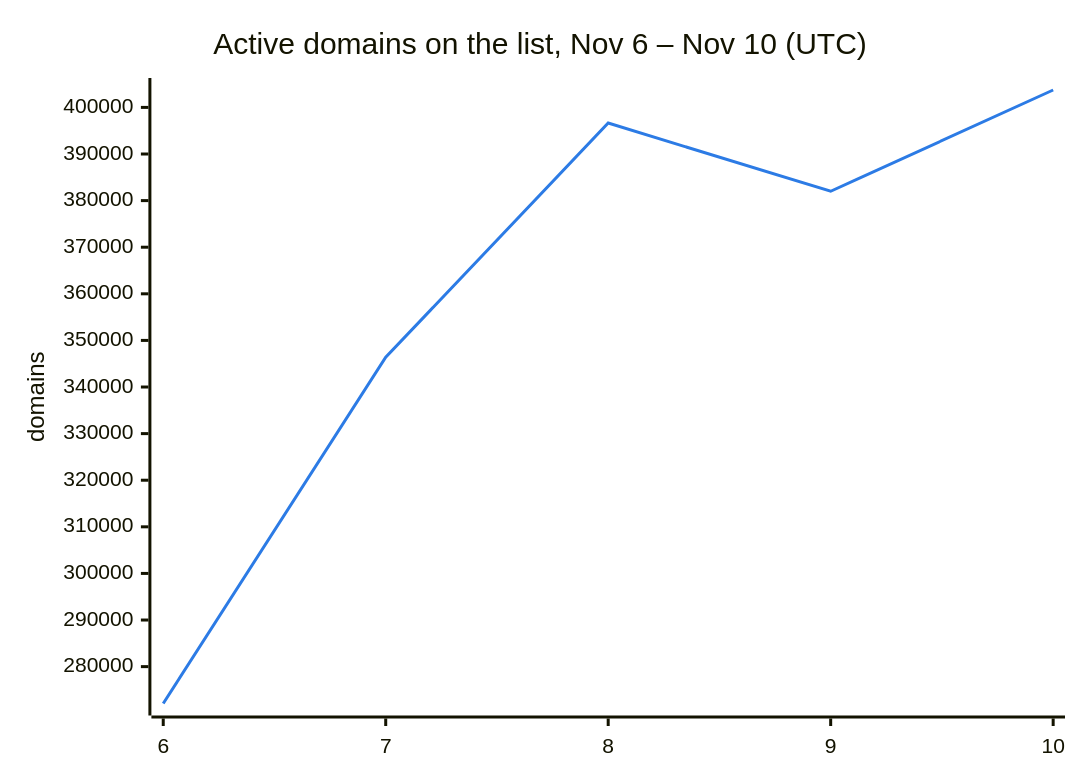
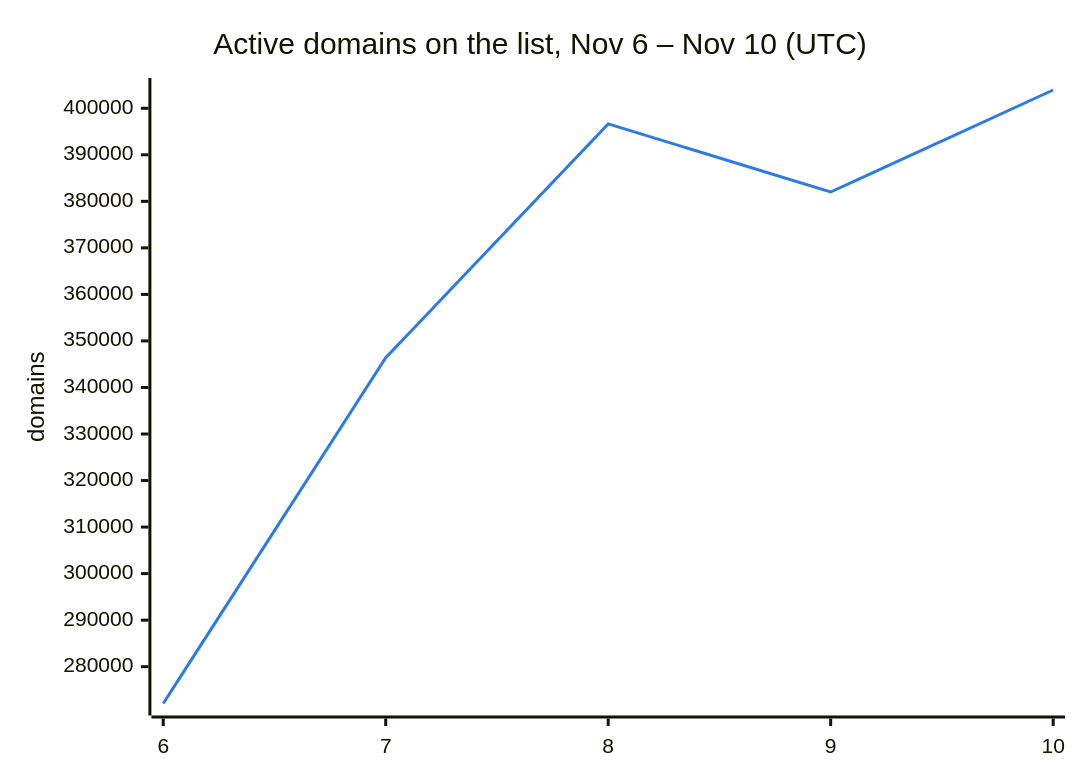
The second of 3 diagrams in README.md (DNSBunker/CTI), drawn with Mermaid before and after one commit. The commit also changed other lines of this file and 3 other files, not shown here.

````diff
--- a/README.md
+++ b/README.md
@@ -38,8 +38,8 @@
 ```mermaid
 %%{init: {"themeVariables": {"xyChart": {"plotColorPalette": "#2c7be5"}}}}%%
 xychart-beta
     title "Active domains on the list, Nov 6 – Nov 10 (UTC)"
     x-axis ["6", "7", "8", "9", "10"]
     y-axis "domains"
-    line [272088, 346388, 396638, 382009, 403735]
+    line [272088, 346388, 396638, 382009, 403927]
 ```
````
